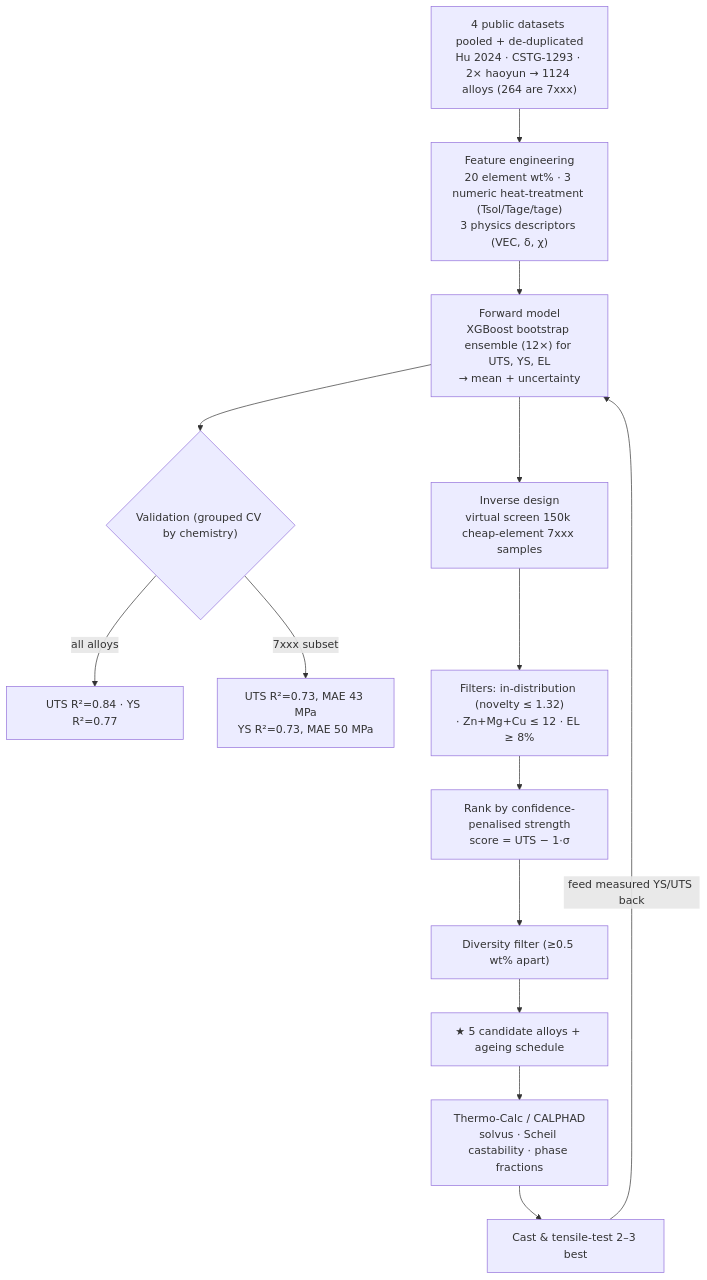
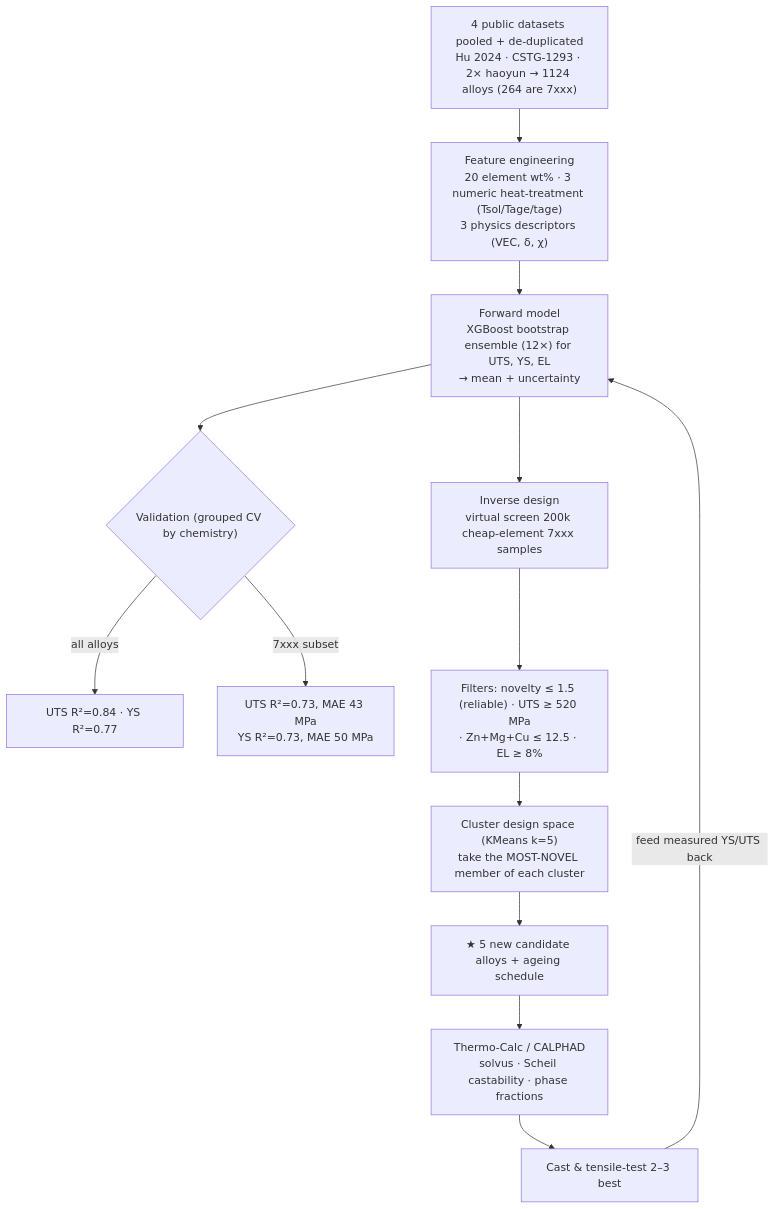
Before and after one commit to Arafat245/high-strength-aluminium-alloy-ml: the diagram in README.md, drawn with Mermaid. The commit also changed other lines of this file and 4 other files, not shown here.

First line of the commit message:
Rebuild candidates_final: novelty-prioritised (cap 1.5, wider bounds, UTS floor 520)

````diff
--- a/README.md
+++ b/README.md
@@ -42,19 +44,18 @@
 ```mermaid
 flowchart TD
     A["4 public datasets pooled + de-duplicated<br/>Hu 2024 · CSTG-1293 · 2× haoyun → 1124 alloys (264 are 7xxx)"] --> C["Feature engineering<br/>20 element wt% · 3 numeric heat-treatment (Tsol/Tage/tage)<br/>3 physics descriptors (VEC, δ, χ)"]
     C --> D["Forward model<br/>XGBoost bootstrap ensemble (12×) for UTS, YS, EL<br/>→ mean + uncertainty"]
 
     D --> E{"Validation (grouped CV by chemistry)"}
     E -->|"all alloys"| E1["UTS R²=0.84 · YS R²=0.77"]
     E -->|"7xxx subset"| E2["UTS R²=0.73, MAE 43 MPa<br/>YS R²=0.73, MAE 50 MPa"]
 
-    D --> F["Inverse design<br/>virtual screen 150k cheap-element 7xxx samples"]
-    F --> G["Filters: in-distribution (novelty ≤ 1.32)<br/>· Zn+Mg+Cu ≤ 12 · EL ≥ 8%"]
-    G --> H["Rank by confidence-penalised strength<br/>score = UTS − 1·σ"]
-    H --> I["Diversity filter (≥0.5 wt% apart)"]
-    I --> J["★ 5 candidate alloys + ageing schedule"]
+    D --> F["Inverse design<br/>virtual screen 200k cheap-element 7xxx samples"]
+    F --> G["Filters: novelty ≤ 1.5 (reliable) · UTS ≥ 520 MPa<br/>· Zn+Mg+Cu ≤ 12.5 · EL ≥ 8%"]
+    G --> H["Cluster design space (KMeans k=5)<br/>take the MOST-NOVEL member of each cluster"]
+    H --> J["★ 5 new candidate alloys + ageing schedule"]
 
     J --> K["Thermo-Calc / CALPHAD<br/>solvus · Scheil castability · phase fractions"]
     K --> L["Cast &amp; tensile-test 2–3 best"]
     L -->|"feed measured YS/UTS back"| D
 ```
````
